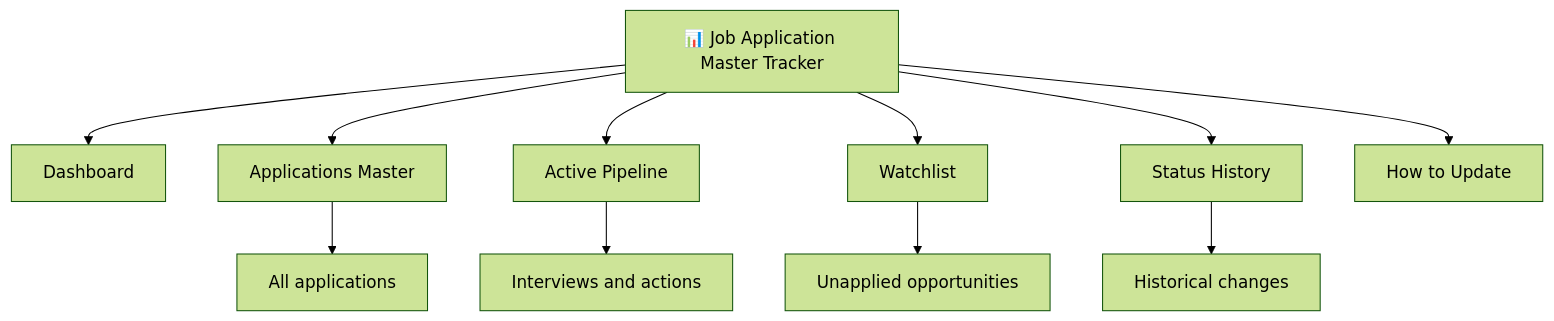
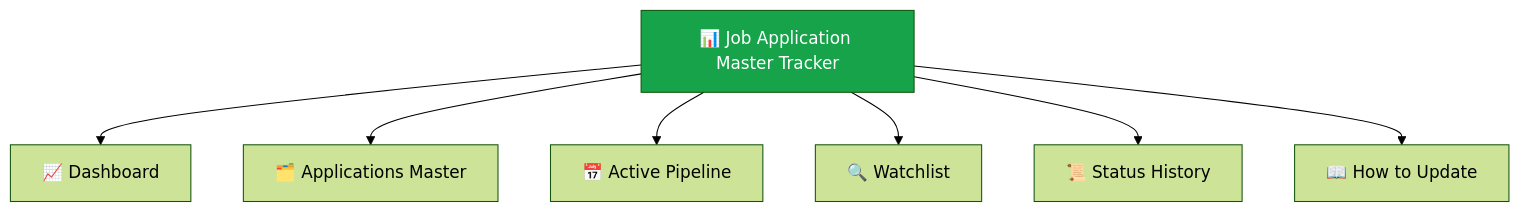
The third of 4 diagrams in High-Fit SDE Career Tracker.md (phoenix-falcon-rc/career-tracker), drawn with Mermaid (forest theme) before and after one commit. The commit also changed other lines of this file, not shown here.

````diff
--- a/High-Fit SDE Career Tracker.md
+++ b/High-Fit SDE Career Tracker.md
@@ -363,16 +529,13 @@
 ```mermaid
 flowchart TD
-    A["📊 Job Application Master Tracker"]
+    ROOT["📊 Job Application Master Tracker"]
 
-    A --> B["Dashboard"]
-    A --> C["Applications Master"]
-    A --> D["Active Pipeline"]
-    A --> E["Watchlist"]
-    A --> F["Status History"]
-    A --> G["How to Update"]
+    ROOT --> A["📈 Dashboard"]
+    ROOT --> B["🗂️ Applications Master"]
+    ROOT --> C["📅 Active Pipeline"]
+    ROOT --> D["🔍 Watchlist"]
+    ROOT --> E["📜 Status History"]
+    ROOT --> F["📖 How to Update"]
 
-    C --> H["All applications"]
-    D --> I["Interviews and actions"]
-    E --> J["Unapplied opportunities"]
-    F --> K["Historical changes"]
+    style ROOT fill:#16a34a,color:#fff
 ```
````
